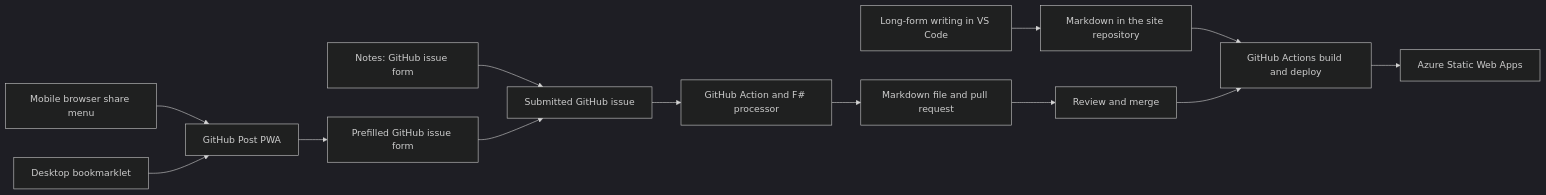
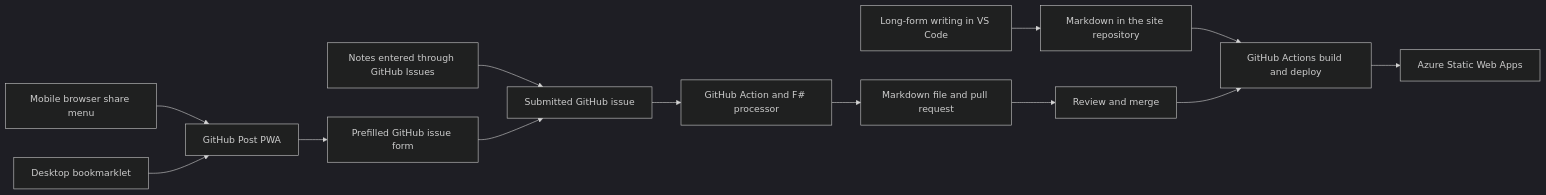
Before and after one commit to lqdev/luisquintanilla.me: the diagram in _src/posts/github-issue-publishing-workflow.md, drawn with Mermaid (dark theme). The commit also changed other lines of this file, not shown here.

````diff
--- a/_src/posts/github-issue-publishing-workflow.md
+++ b/_src/posts/github-issue-publishing-workflow.md
@@ -115,15 +115,15 @@
 ```mermaid
 flowchart LR
     editor["Long-form writing in VS Code"] --> markdown["Markdown in the site repository"]
     phone["Mobile browser share menu"] --> pwa["GitHub Post PWA"]
     bookmarklet["Desktop bookmarklet"] --> pwa
     pwa --> form["Prefilled GitHub issue form"]
-    note["Notes: GitHub issue form"] --> issue["Submitted GitHub issue"]
+    note["Notes entered through GitHub Issues"] --> issue["Submitted GitHub issue"]
     form --> issue
     issue --> action["GitHub Action and F# processor"]
     action --> pr["Markdown file and pull request"]
     pr --> review["Review and merge"]
     markdown --> deploy["GitHub Actions build and deploy"]
     review --> deploy
     deploy --> swa["Azure Static Web Apps"]
 ```
````
